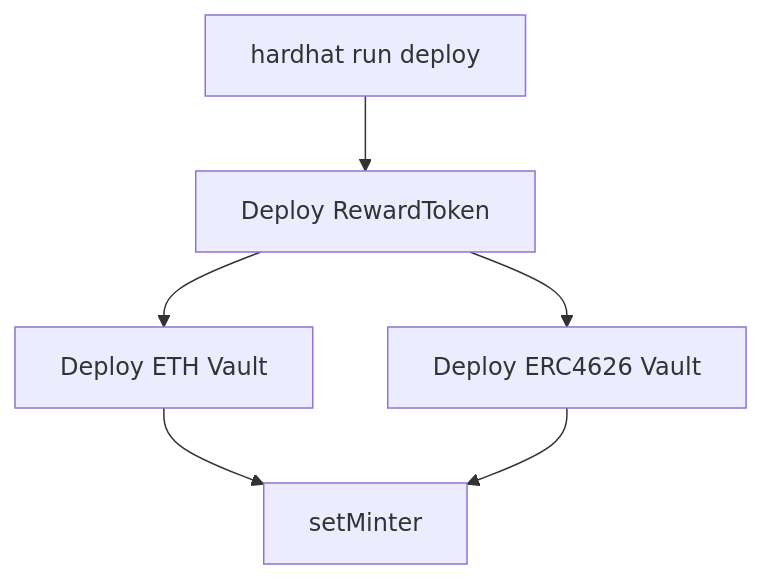
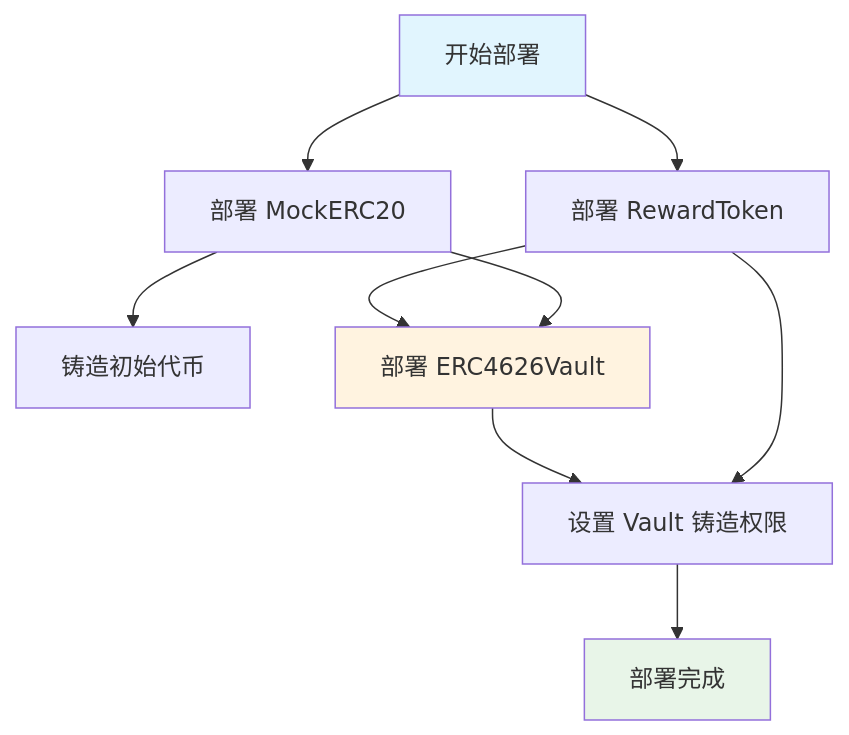
Before and after one commit to RohithVetri/defi-fixed-yield-course: the diagram in docs/lessons/04-hardhat-deploy.md, drawn with Mermaid. The commit also changed other lines of this file and 10 other files, not shown here.

````diff
--- a/docs/lessons/04-hardhat-deploy.md
+++ b/docs/lessons/04-hardhat-deploy.md
@@ -7,8 +29,19 @@
 ```mermaid
-flowchart TD
-  A[hardhat run deploy] --> B[Deploy RewardToken]
-  B --> C[Deploy ETH Vault]
-  B --> D[Deploy ERC4626 Vault]
-  C --> E[setMinter]
-  D --> E
+graph TD
+    A[开始部署] --> B[部署 RewardToken]
+    A --> C[部署 MockERC20]
+    
+    C --> D[铸造初始代币]
+    
+    B --> E[部署 ERC4626Vault]
+    C --> E
+    
+    E --> F[设置 Vault 铸造权限]
+    B --> F
+    
+    F --> G[部署完成]
+    
+    style A fill:#e1f5fe
+    style G fill:#e8f5e8
+    style E fill:#fff3e0
 ```
````
